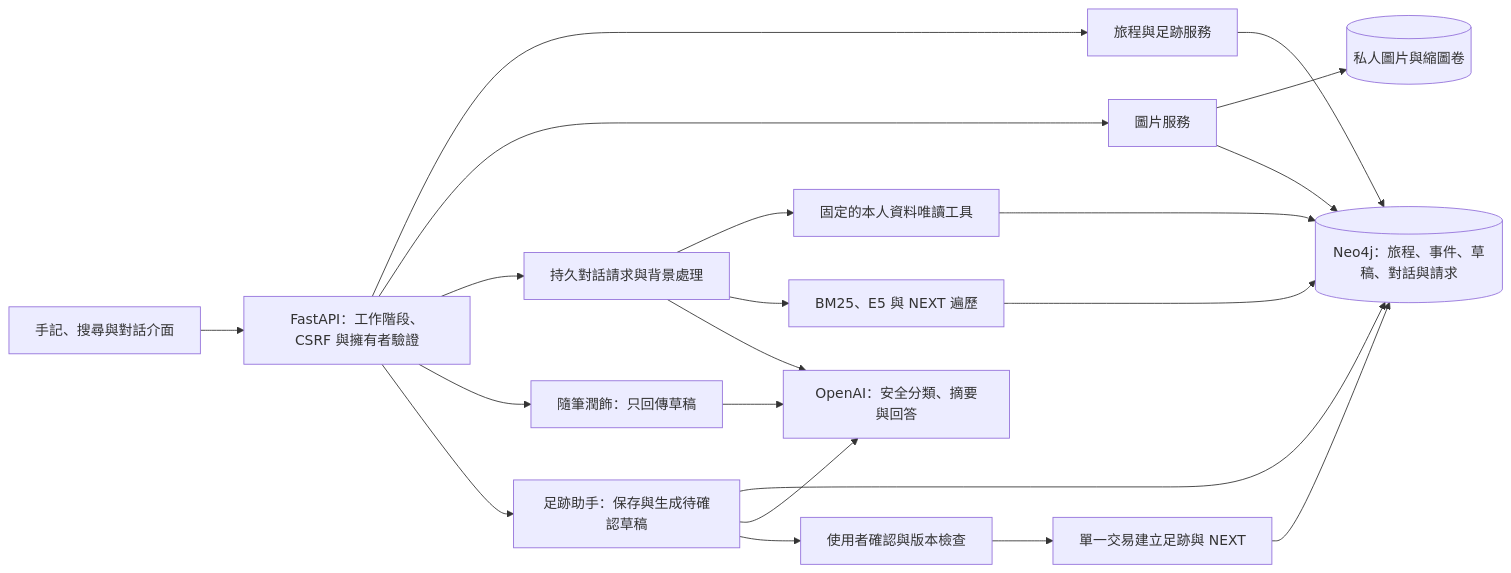
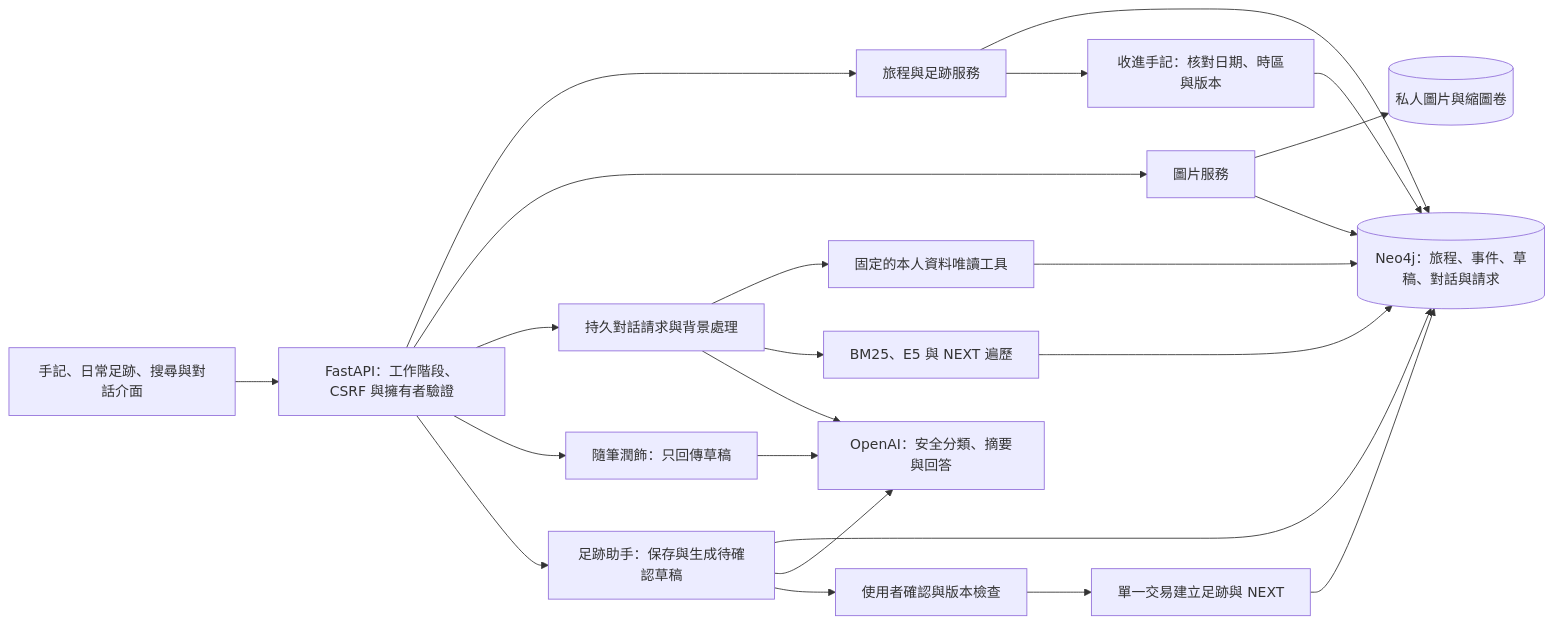
The first of 5 diagrams in docs/BACKEND.md (LaimoKarca/TravelMemo), drawn with Mermaid before and after one commit. The commit also changed other lines of this file and 49 other files, not shown here.

````diff
--- a/docs/BACKEND.md
+++ b/docs/BACKEND.md
@@ -12,23 +12,25 @@
 ```mermaid
 flowchart LR
-    UI[手記、搜尋與對話介面] --> API[FastAPI：工作階段、CSRF 與擁有者驗證]
+    UI[手記、日常足跡、搜尋與對話介面] --> API[FastAPI：工作階段、CSRF 與擁有者驗證]
     API --> TRIP[旅程與足跡服務]
     API --> PHOTO[圖片服務]
     API --> JOB[持久對話請求與背景處理]
     API --> WRITE[隨筆潤飾：只回傳草稿]
     API --> DRAFT[足跡助手：保存與生成待確認草稿]
     TRIP --> DB[(Neo4j：旅程、事件、草稿、對話與請求)]
+    TRIP --> ATTACH[收進手記：核對日期、時區與版本]
+    ATTACH --> DB
     PHOTO --> FILE[(私人圖片與縮圖卷)]
     PHOTO --> DB
     JOB --> TOOLS[固定的本人資料唯讀工具]
     TOOLS --> DB
     JOB --> RETRIEVE[BM25、E5 與 NEXT 遍歷]
     RETRIEVE --> DB
     JOB --> AI[OpenAI：安全分類、摘要與回答]
     WRITE --> AI
     DRAFT --> DB
     DRAFT --> AI
     DRAFT --> CONFIRM[使用者確認與版本檢查]
     CONFIRM --> BATCH[單一交易建立足跡與 NEXT]
     BATCH --> DB
 ```
````
